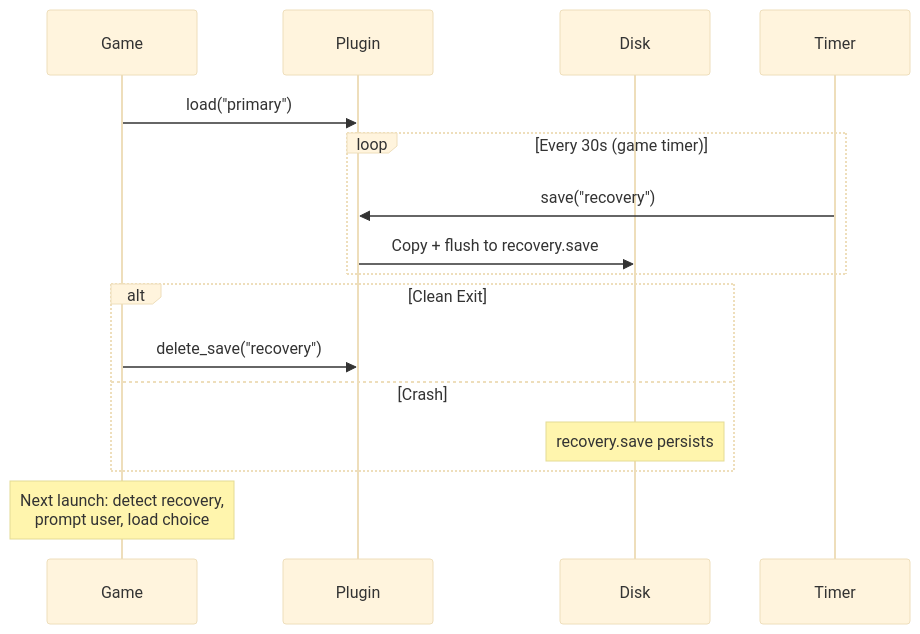
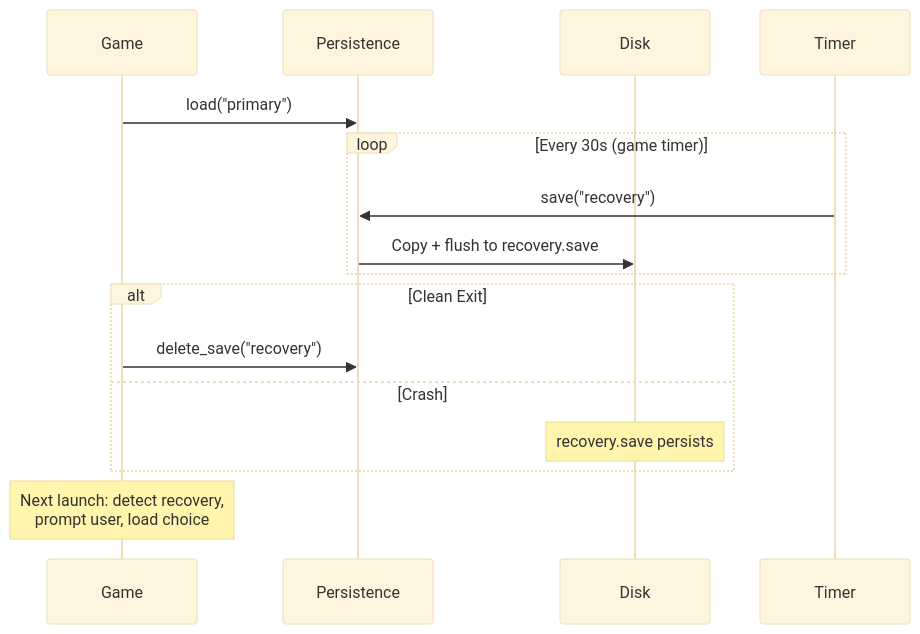
One commit to api-haus/bevy_pixel_world changed the fifth of 5 diagrams in docs/architecture/persistence/named-saves.md. Above: the diagram before and after it, drawn with Mermaid (base theme). The commit also changed other lines of this file and 37 other files, not shown here.

First line of the commit message:
docs: remove library framing, adopt game-first architecture

````diff
--- a/docs/architecture/persistence/named-saves.md
+++ b/docs/architecture/persistence/named-saves.md
@@ -130,22 +130,22 @@
 ```mermaid
 sequenceDiagram
     participant Game
-    participant Plugin
+    participant Persistence
     participant Disk
     participant Timer
 
-    Game->>Plugin: load("primary")
+    Game->>Persistence: load("primary")
 
     loop Every 30s (game timer)
-        Timer->>Plugin: save("recovery")
-        Plugin->>Disk: Copy + flush to recovery.save
+        Timer->>Persistence: save("recovery")
+        Persistence->>Disk: Copy + flush to recovery.save
     end
 
     alt Clean Exit
-        Game->>Plugin: delete_save("recovery")
+        Game->>Persistence: delete_save("recovery")
     else Crash
         Note over Disk: recovery.save persists
     end
 
     Note over Game: Next launch: detect recovery,<br/>prompt user, load choice
 ```
````
